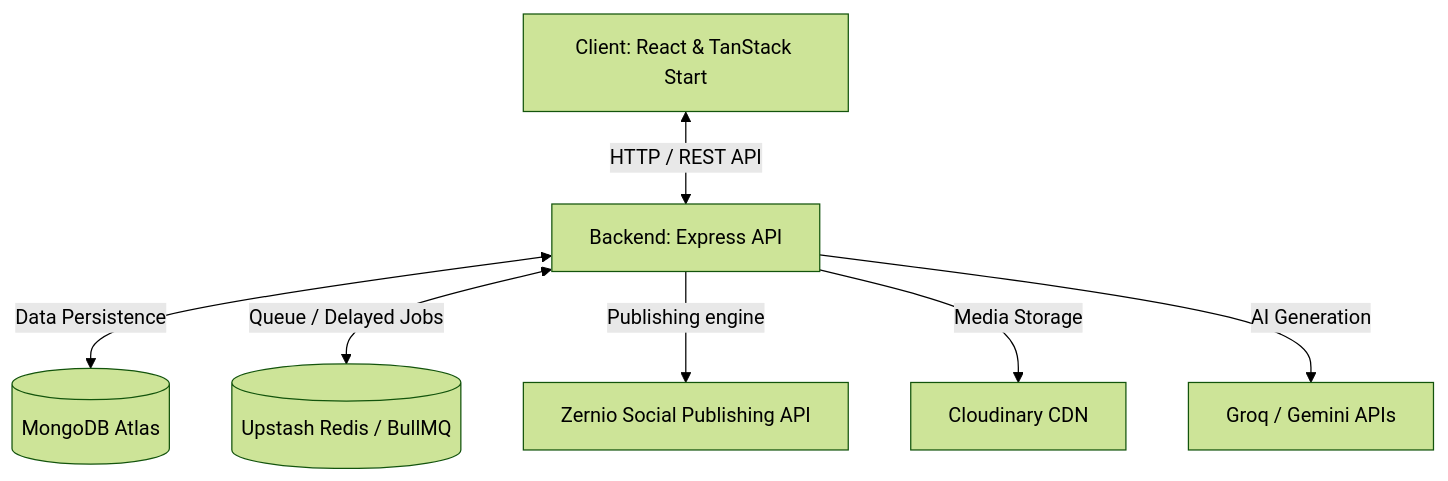
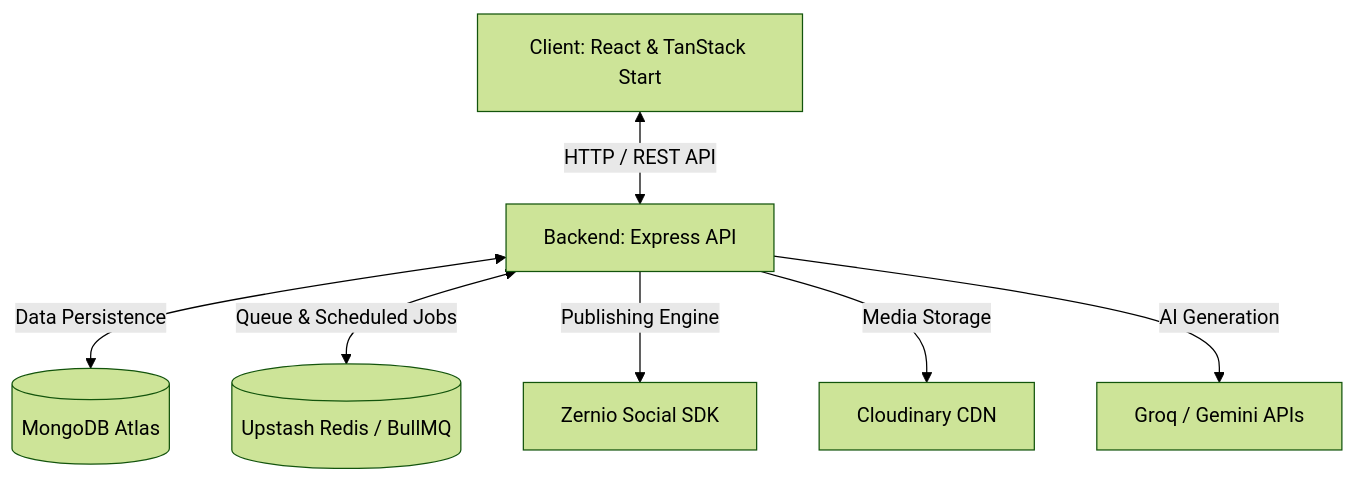
Before and after one commit to aggisanjay/social-media-automation: the diagram in README.md, drawn with Mermaid (forest theme). The commit also changed other lines of this file and 22 other files, not shown here.

Commit message:
feat: implement social media scheduling module including backend controllers, services, and client-side composer UI

````diff
--- a/README.md
+++ b/README.md
@@ -9,9 +9,9 @@
 ```mermaid
 graph TD
     Client[Client: React & TanStack Start] <-->|HTTP / REST API| Backend[Backend: Express API]
     Backend <-->|Data Persistence| DB[(MongoDB Atlas)]
-    Backend <-->|Queue / Delayed Jobs| Redis[(Upstash Redis / BullMQ)]
-    Backend -->|Publishing engine| Zernio[Zernio Social Publishing API]
+    Backend <-->|Queue & Scheduled Jobs| Redis[(Upstash Redis / BullMQ)]
+    Backend -->|Publishing Engine| Zernio[Zernio Social SDK]
     Backend -->|Media Storage| Cloudinary[Cloudinary CDN]
     Backend -->|AI Generation| AI[Groq / Gemini APIs]
 ```
````
